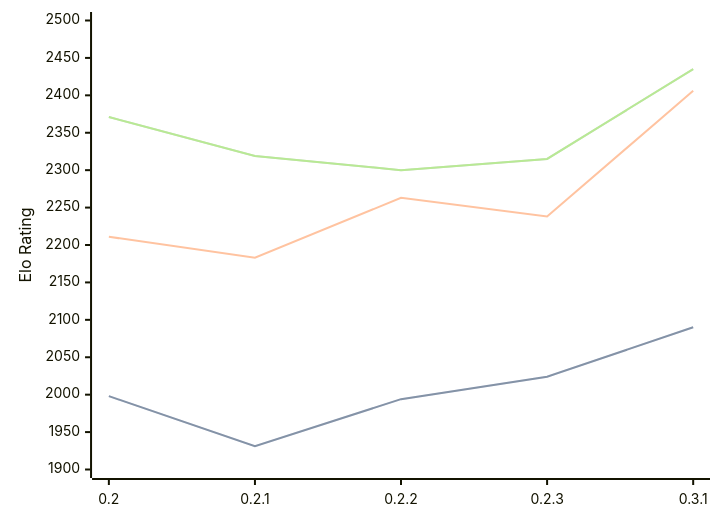
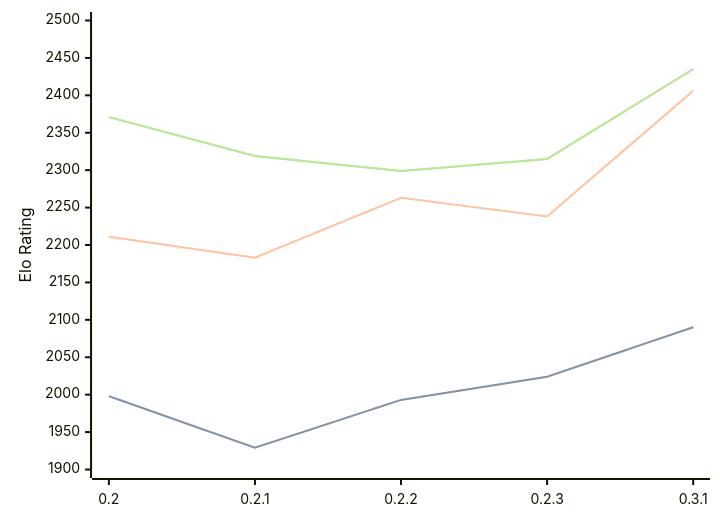
Before and after one commit to computer-chess-index/cci: the diagram in engines/Lolbot.md, drawn with Mermaid. The commit also changed other lines of this file, not shown here.

Commit message:
Update CCI Ratings (ELO VLTC) - 2026-09-03

````diff
--- a/engines/Lolbot.md
+++ b/engines/Lolbot.md
@@ -35,11 +35,11 @@
 ```mermaid
 %%{init: {"theme":"base","themeVariables":{"seriesColors:['#a3a3a3','#222221','#faa371']}}}%%
 xychart-beta
   x-axis ["0.2", "0.2.1", "0.2.2", "0.2.3", "0.3.1"]
   y-axis "Elo Rating" 1900 --> 2500
-  line "" [1998, 1931, 1994, 2024, 2090]
-  line "STC (8.0+0.08s)" [1998, 1931, 1994, 2024, 2090]
+  line "" [1998, 1929, 1993, 2024, 2090]
+  line "STC (8.0+0.08s)" [1998, 1929, 1993, 2024, 2090]
   line "LTC (60.0+0.60s)" [2211, 2183, 2263, 2238, 2406]
-  line "" [2371, 2319, 2300, 2315, 2435]
-  line "VLTC (2m24s+1.12s)" [2371, 2319, 2300, 2315, 2435]
+  line "" [2371, 2319, 2299, 2315, 2435]
+  line "VLTC (2m24s+1.12s)" [2371, 2319, 2299, 2315, 2435]
 ```
````
